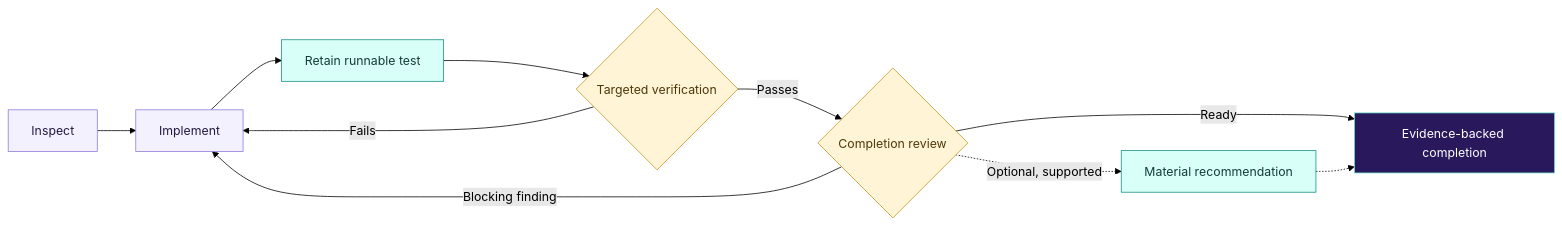
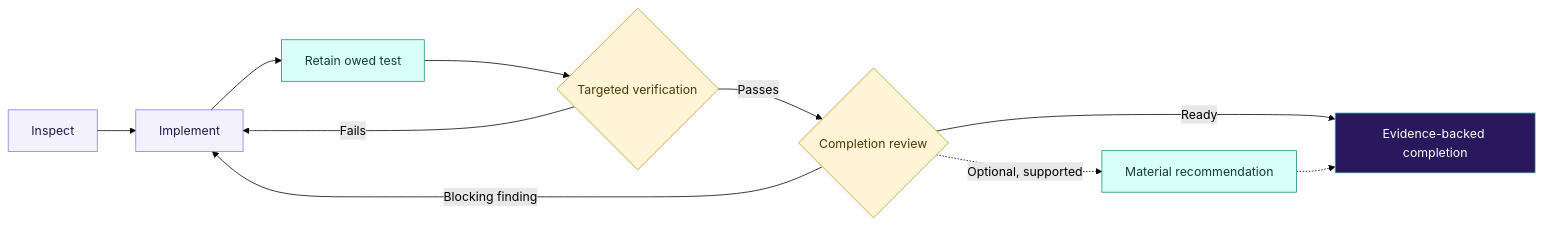
The fourth of 5 diagrams in README.md (aididhaiqal/adaptive-superpowers), drawn with Mermaid (forest theme) before and after one commit. The commit also changed other lines of this file and 16 other files, not shown here.

````diff
--- a/README.md
+++ b/README.md
@@ -266,21 +266,21 @@
 ```mermaid
 flowchart LR
     I["Inspect"] --> B["Implement"]
-    B --> T["Retain runnable test"]
+    B --> T["Retain owed test"]
     T --> V{"Targeted verification"}
     V -->|"Fails"| B
     V -->|"Passes"| CR{"Completion review"}
     CR -->|"Blocking finding"| B
     CR -->|"Ready"| E["Evidence-backed completion"]
     CR -.->|"Optional, supported"| O["Material recommendation"]
     O -.-> E
 
     classDef action fill:#f4f1ff,stroke:#8f79dd,color:#241a43
     classDef proof fill:#d9fff9,stroke:#168f83,color:#123e39
     classDef decision fill:#fff4d6,stroke:#c49422,color:#4d3909
     classDef done fill:#29185c,stroke:#72e0d1,color:#fff
     class I,B action
     class T,O proof
     class V,CR decision
     class E done
 ```
````
